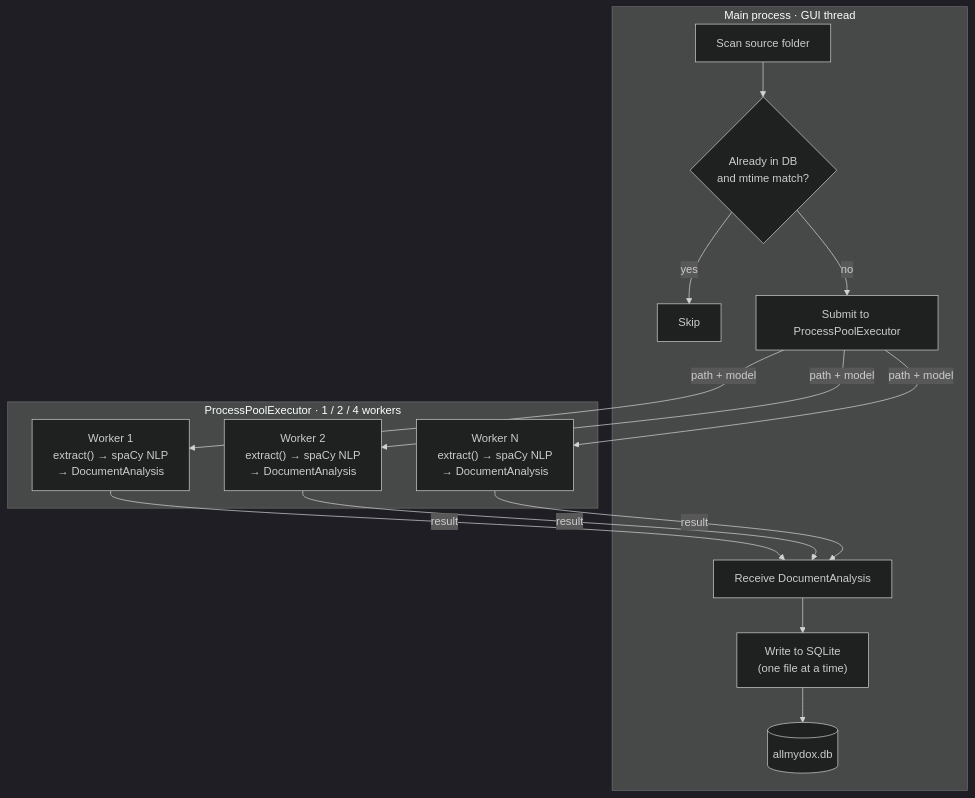
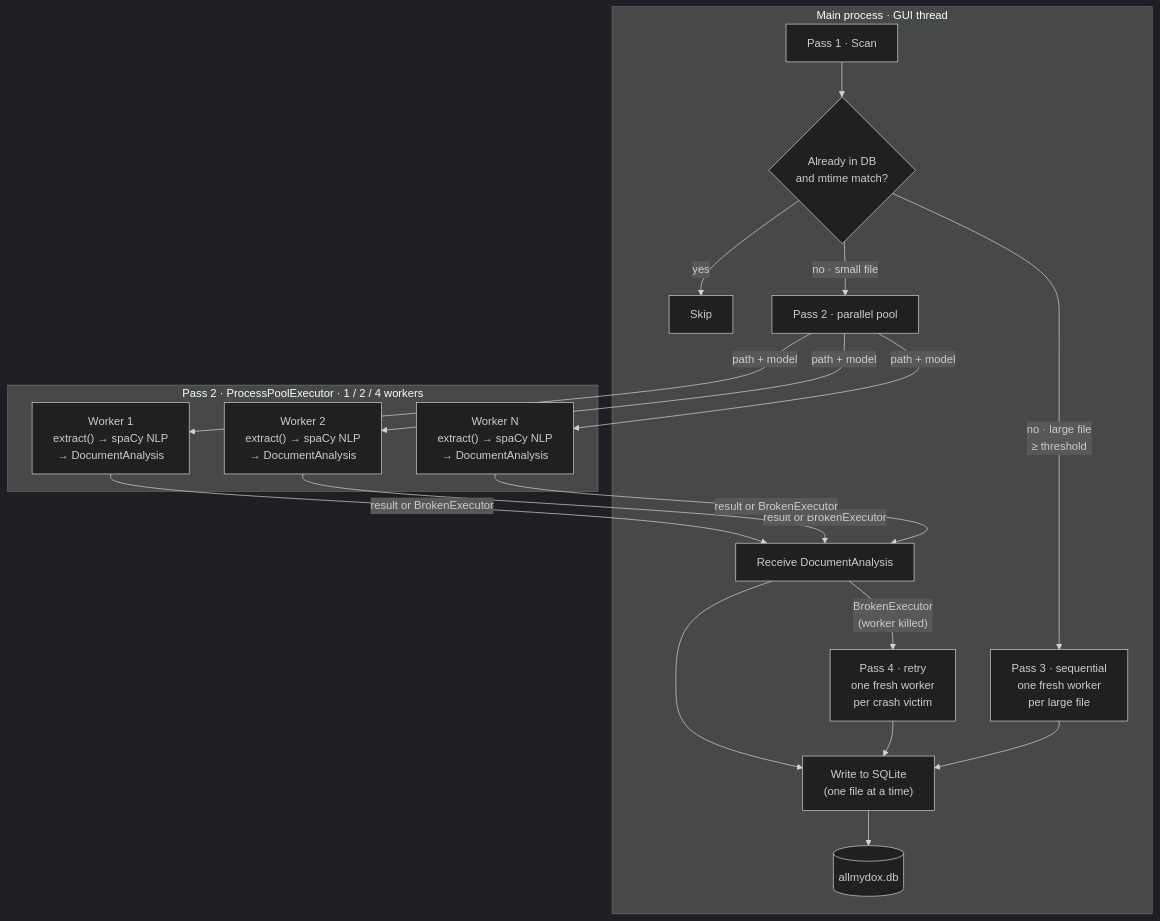
One commit to cndrbrbr/allmydox changed the first of 2 diagrams in README.md. Above: the diagram before and after it, drawn with Mermaid (dark theme). The commit also changed other lines of this file, not shown here.

First line of the commit message:
Update README architecture section for four-pass pipeline

````diff
--- a/README.md
+++ b/README.md
@@ -87,19 +87,23 @@
 ```mermaid
 flowchart TD
     subgraph main["Main process · GUI thread"]
-        SCAN[Scan source folder] --> CHECK{Already in DB\nand mtime match?}
+        SCAN[Pass 1 · Scan] --> CHECK{Already in DB\nand mtime match?}
         CHECK -- yes --> SKIP[Skip]
-        CHECK -- no  --> SUBMIT[Submit to ProcessPoolExecutor]
+        CHECK -- "no · small file" --> SUBMIT[Pass 2 · parallel pool]
+        CHECK -- "no · large file\n≥ threshold" --> SEQ
         COLLECT[Receive DocumentAnalysis] --> WRITE["Write to SQLite\n(one file at a time)"]
         WRITE --> DB[(allmydox.db)]
+        SEQ["Pass 3 · sequential\none fresh worker\nper large file"] --> WRITE
+        RETRY["Pass 4 · retry\none fresh worker\nper crash victim"] --> WRITE
     end
 
-    subgraph pool["ProcessPoolExecutor  ·  1 / 2 / 4 workers"]
+    subgraph pool["Pass 2 · ProcessPoolExecutor  ·  1 / 2 / 4 workers"]
         W1["Worker 1\nextract() → spaCy NLP\n→ DocumentAnalysis"]
         W2["Worker 2\nextract() → spaCy NLP\n→ DocumentAnalysis"]
         WN["Worker N\nextract() → spaCy NLP\n→ DocumentAnalysis"]
     end
 
     SUBMIT -- "path + model" --> W1 & W2 & WN
-    W1 & W2 & WN -- result --> COLLECT
+    W1 & W2 & WN -- "result or BrokenExecutor" --> COLLECT
+    COLLECT -- "BrokenExecutor\n(worker killed)" --> RETRY
 ```
````
